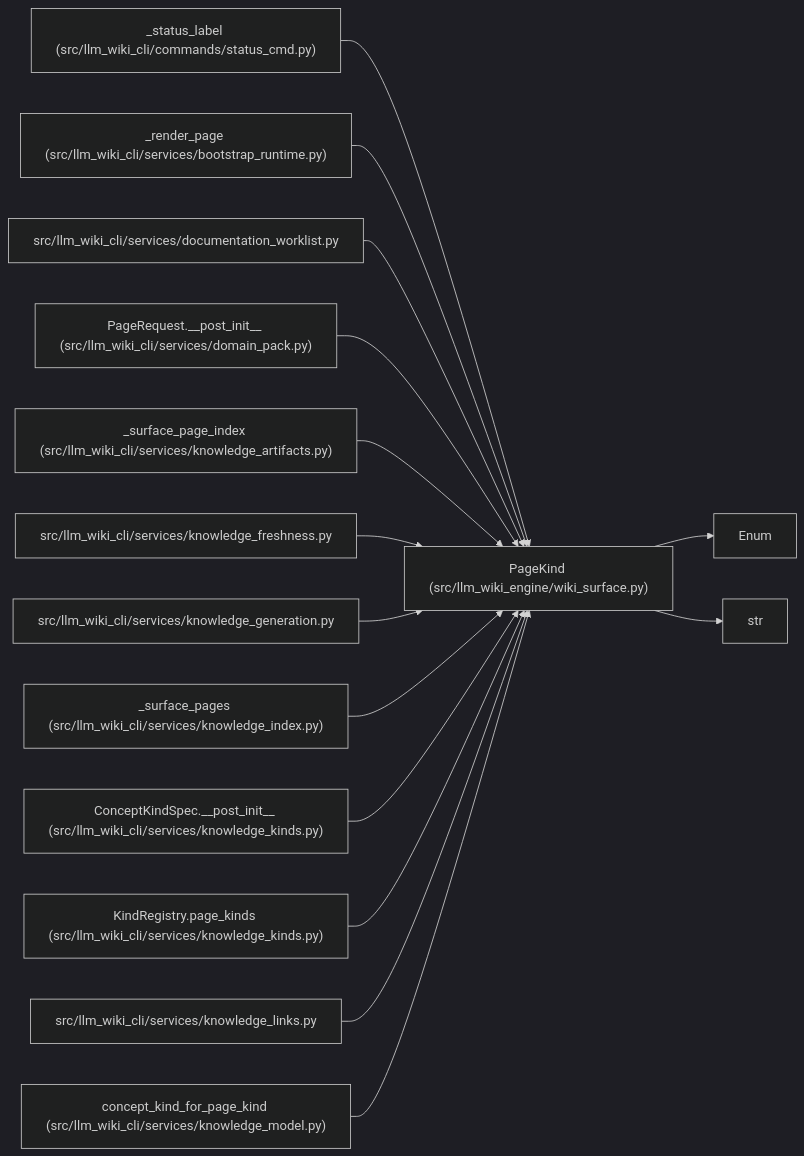
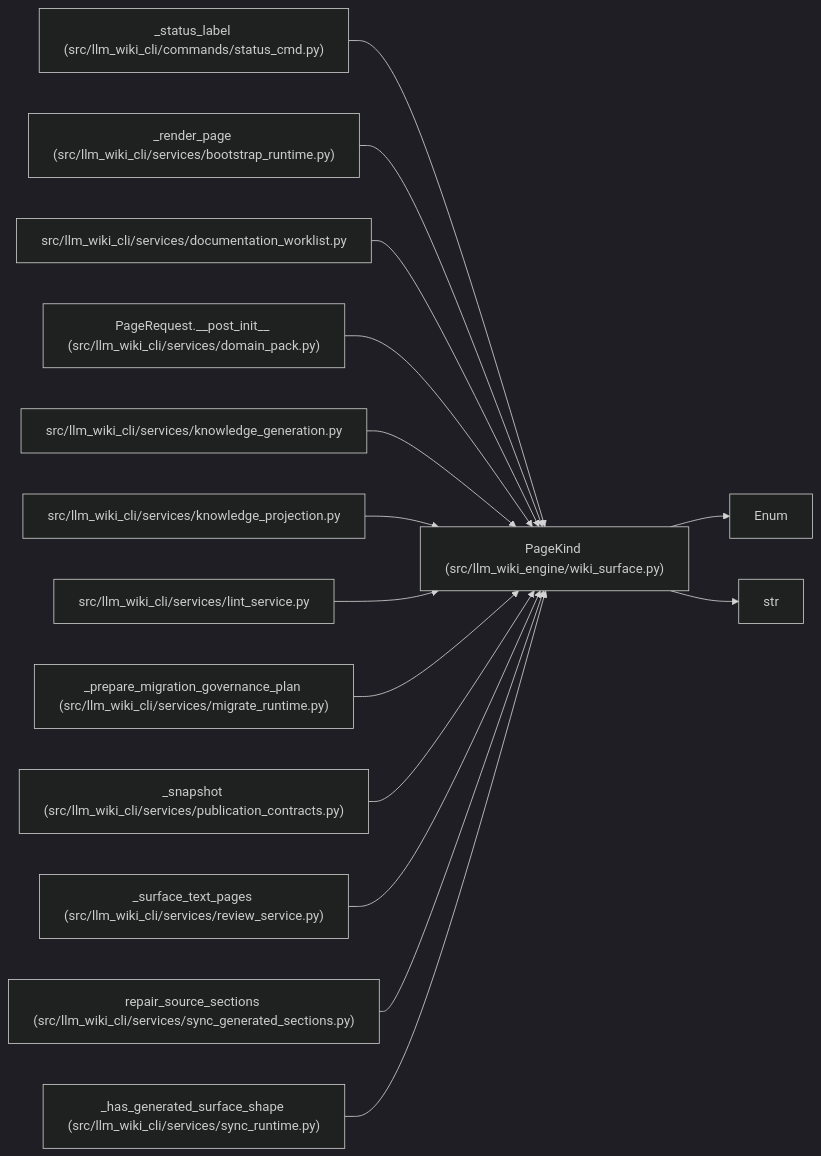
The diagram in docs/llm_wiki/entities/PageKind.md (Denissvgn/python-wiki-llm), drawn with Mermaid (dark theme) before and after one commit. The commit also changed other lines of this file and 1058 other files, not shown here.

First line of the commit message:
docs: refresh the wiki for the knowledge store move

````diff
--- a/docs/llm_wiki/entities/PageKind.md
+++ b/docs/llm_wiki/entities/PageKind.md
@@ -35,45 +35,45 @@
 ```mermaid
 flowchart LR
     n0["PageKind (src/llm_wiki_engine/wiki_surface.py)"]
     n1["Enum"]
     n2["str"]
     n3["_status_label (src/llm_wiki_cli/commands/status_cmd.py)"]
     n4["_render_page (src/llm_wiki_cli/services/bootstrap_runtime.py)"]
     n5["src/llm_wiki_cli/services/documentation_worklist.py"]
     n6["PageRequest.__post_init__ (src/llm_wiki_cli/services/domain_pack.py)"]
-    n7["_surface_page_index (src/llm_wiki_cli/services/knowledge_artifacts.py)"]
-    n8["src/llm_wiki_cli/services/knowledge_freshness.py"]
-    n9["src/llm_wiki_cli/services/knowledge_generation.py"]
-    n10["_surface_pages (src/llm_wiki_cli/services/knowledge_index.py)"]
-    n11["ConceptKindSpec.__post_init__ (src/llm_wiki_cli/services/knowledge_kinds.py)"]
-    n12["KindRegistry.page_kinds (src/llm_wiki_cli/services/knowledge_kinds.py)"]
-    n13["src/llm_wiki_cli/services/knowledge_links.py"]
-    n14["concept_kind_for_page_kind (src/llm_wiki_cli/services/knowledge_model.py)"]
+    n7["src/llm_wiki_cli/services/knowledge_generation.py"]
+    n8["src/llm_wiki_cli/services/knowledge_projection.py"]
+    n9["src/llm_wiki_cli/services/lint_service.py"]
+    n10["_prepare_migration_governance_plan (src/llm_wiki_cli/services/migrate_runtime.py)"]
+    n11["_snapshot (src/llm_wiki_cli/services/publication_contracts.py)"]
+    n12["_surface_text_pages (src/llm_wiki_cli/services/review_service.py)"]
+    n13["repair_source_sections (src/llm_wiki_cli/services/sync_generated_sections.py)"]
+    n14["_has_generated_surface_shape (src/llm_wiki_cli/services/sync_runtime.py)"]
     n0 --> n1
     n0 --> n2
     n3 --> n0
     n4 --> n0
     n5 --> n0
     n6 --> n0
     n7 --> n0
     n8 --> n0
     n9 --> n0
     n10 --> n0
     n11 --> n0
     n12 --> n0
     n13 --> n0
     n14 --> n0
     click n0 "../modules/wiki_surface.md"
     click n3 "../modules/status_cmd.md"
     click n4 "../modules/bootstrap_runtime.md"
     click n5 "../modules/documentation_worklist.md"
     click n6 "../modules/domain_pack.md"
-    click n7 "../modules/knowledge_artifacts.md"
-    click n8 "../modules/knowledge_freshness.md"
-    click n9 "../modules/knowledge_generation.md"
-    click n10 "../modules/knowledge_index.md"
-    click n11 "../modules/knowledge_kinds.md"
-    click n12 "../modules/knowledge_kinds.md"
-    click n13 "../modules/knowledge_links.md"
-    click n14 "../modules/knowledge_model.md"
+    click n7 "../modules/knowledge_generation.md"
+    click n8 "../modules/knowledge_projection.md"
+    click n9 "../modules/lint_service.md"
+    click n10 "../modules/migrate_runtime.md"
+    click n11 "../modules/publication_contracts.md"
+    click n12 "../modules/review_service.md"
+    click n13 "../modules/sync_generated_sections.md"
+    click n14 "../modules/sync_runtime.md"
 ```
````
